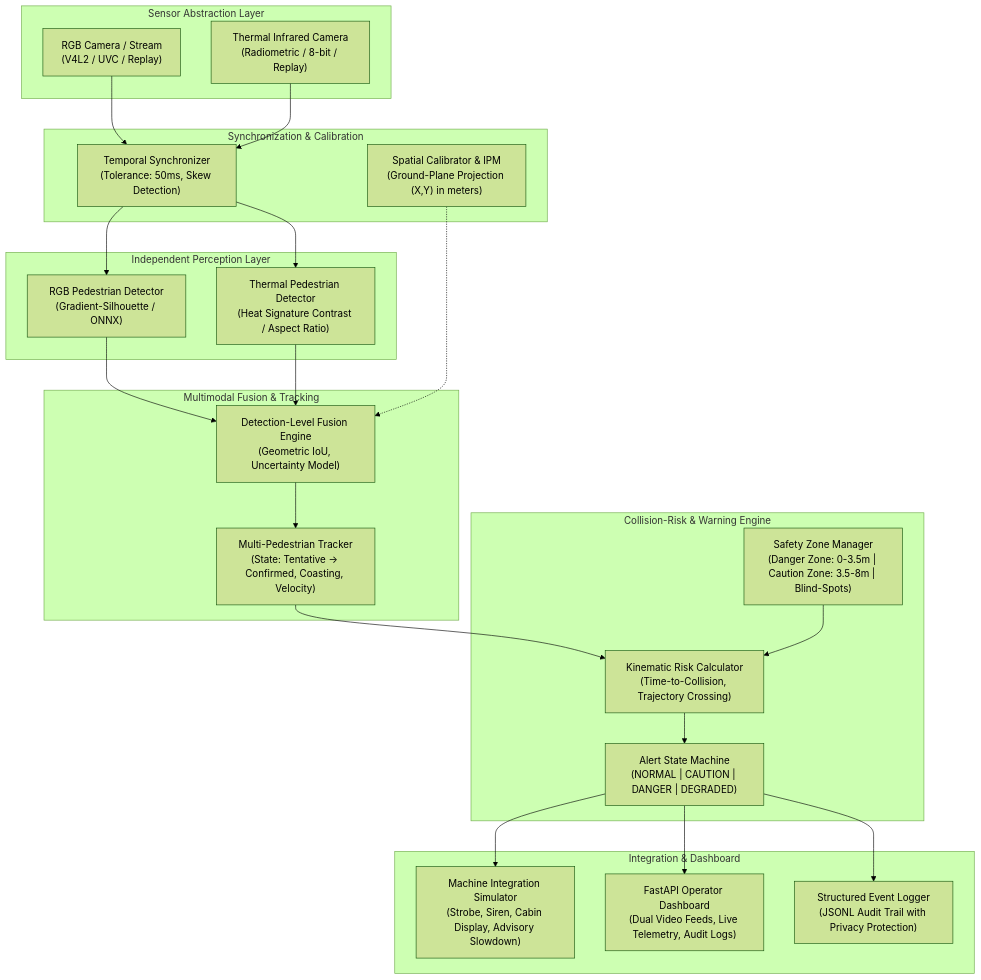
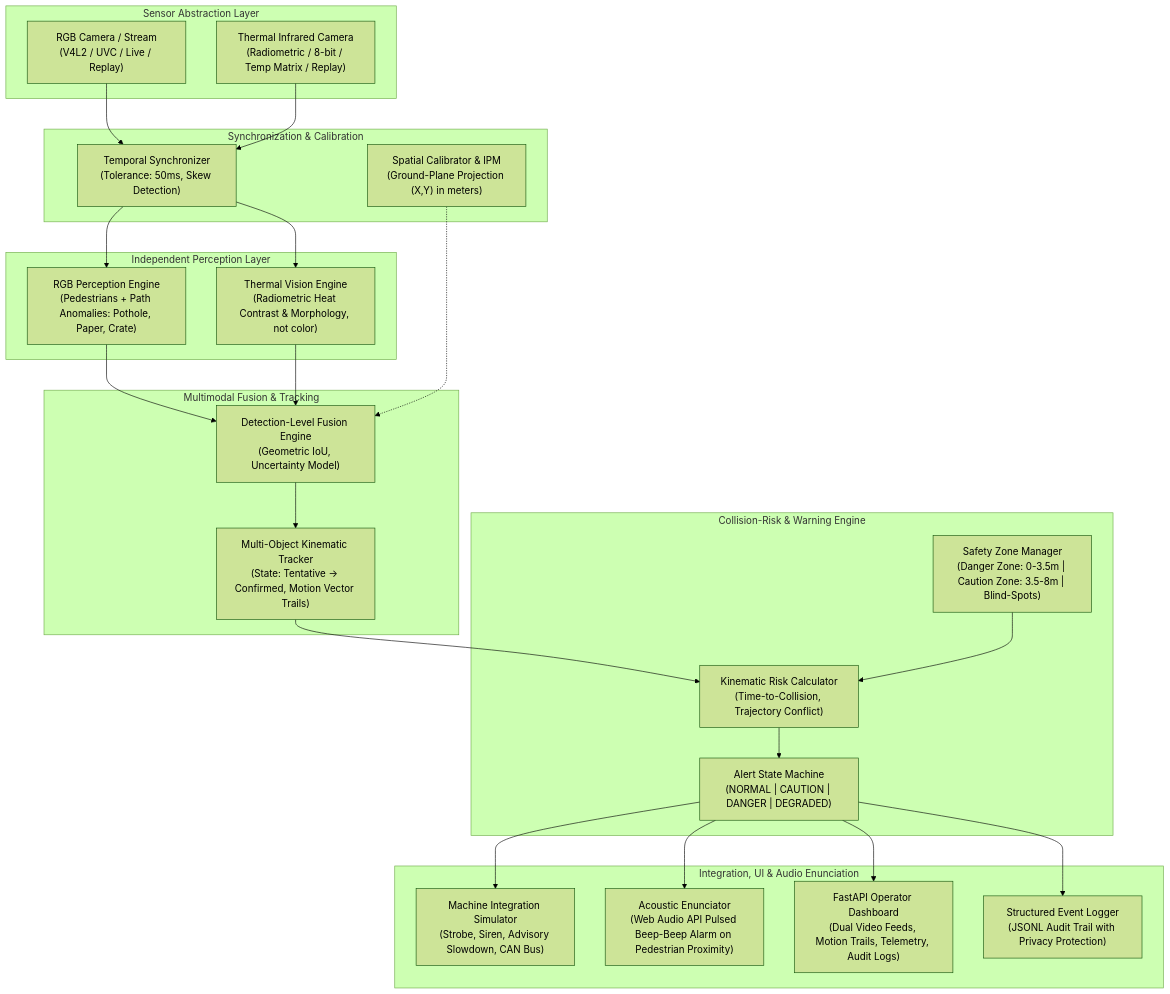
The diagram in README.md (Jeevan-ZGDX/VIGIL-X), drawn with Mermaid (forest theme) before and after one commit. The commit also changed other lines of this file, not shown here.

Commit message:
Update README.md with path anomaly detection, thermal vision, docker deployment, and release supplies

````diff
--- a/README.md
+++ b/README.md
@@ -9,49 +9,51 @@
 ```mermaid
 flowchart TD
     subgraph Sensors["Sensor Abstraction Layer"]
-        RGB_IN["RGB Camera / Stream\n(V4L2 / UVC / Replay)"]
-        TH_IN["Thermal Infrared Camera\n(Radiometric / 8-bit / Replay)"]
+        RGB_IN["RGB Camera / Stream\n(V4L2 / UVC / Live / Replay)"]
+        TH_IN["Thermal Infrared Camera\n(Radiometric / 8-bit / Temp Matrix / Replay)"]
     end
 
     subgraph SyncCalib["Synchronization & Calibration"]
         SYNC["Temporal Synchronizer\n(Tolerance: 50ms, Skew Detection)"]
         CALIB["Spatial Calibrator & IPM\n(Ground-Plane Projection (X,Y) in meters)"]
     end
 
     subgraph Perception["Independent Perception Layer"]
-        DET_RGB["RGB Pedestrian Detector\n(Gradient-Silhouette / ONNX)"]
-        DET_TH["Thermal Pedestrian Detector\n(Heat Signature Contrast / Aspect Ratio)"]
+        DET_RGB["RGB Perception Engine\n(Pedestrians + Path Anomalies: Pothole, Paper, Crate)"]
+        DET_TH["Thermal Vision Engine\n(Radiometric Heat Contrast & Morphology, not color)"]
     end
 
     subgraph FusionLayer["Multimodal Fusion & Tracking"]
         FUSION["Detection-Level Fusion Engine\n(Geometric IoU, Uncertainty Model)"]
-        TRACK["Multi-Pedestrian Tracker\n(State: Tentative -> Confirmed, Coasting, Velocity)"]
+        TRACK["Multi-Object Kinematic Tracker\n(State: Tentative -> Confirmed, Motion Vector Trails)"]
     end
 
     subgraph SafetyEngine["Collision-Risk & Warning Engine"]
         ZONE["Safety Zone Manager\n(Danger Zone: 0-3.5m | Caution Zone: 3.5-8m | Blind-Spots)"]
-        TTC["Kinematic Risk Calculator\n(Time-to-Collision, Trajectory Crossing)"]
+        TTC["Kinematic Risk Calculator\n(Time-to-Collision, Trajectory Conflict)"]
         FSM["Alert State Machine\n(NORMAL | CAUTION | DANGER | DEGRADED)"]
     end
 
-    subgraph Integration["Integration & Dashboard"]
-        ADAPTER["Machine Integration Simulator\n(Strobe, Siren, Cabin Display, Advisory Slowdown)"]
-        DASHBOARD["FastAPI Operator Dashboard\n(Dual Video Feeds, Live Telemetry, Audit Logs)"]
+    subgraph Integration["Integration, UI & Audio Enunciation"]
+        ADAPTER["Machine Integration Simulator\n(Strobe, Siren, Advisory Slowdown, CAN Bus)"]
+        AUDIO["Acoustic Enunciator\n(Web Audio API Pulsed Beep-Beep Alarm on Pedestrian Proximity)"]
+        DASHBOARD["FastAPI Operator Dashboard\n(Dual Video Feeds, Motion Trails, Telemetry, Audit Logs)"]
         STORAGE["Structured Event Logger\n(JSONL Audit Trail with Privacy Protection)"]
     end
 
     RGB_IN --> SYNC
     TH_IN --> SYNC
     SYNC --> DET_RGB
     SYNC --> DET_TH
     DET_RGB --> FUSION
     DET_TH --> FUSION
     CALIB -.-> FUSION
     FUSION --> TRACK
     TRACK --> TTC
     ZONE --> TTC
     TTC --> FSM
     FSM --> ADAPTER
+    FSM --> AUDIO
     FSM --> DASHBOARD
     FSM --> STORAGE
 ```
````
